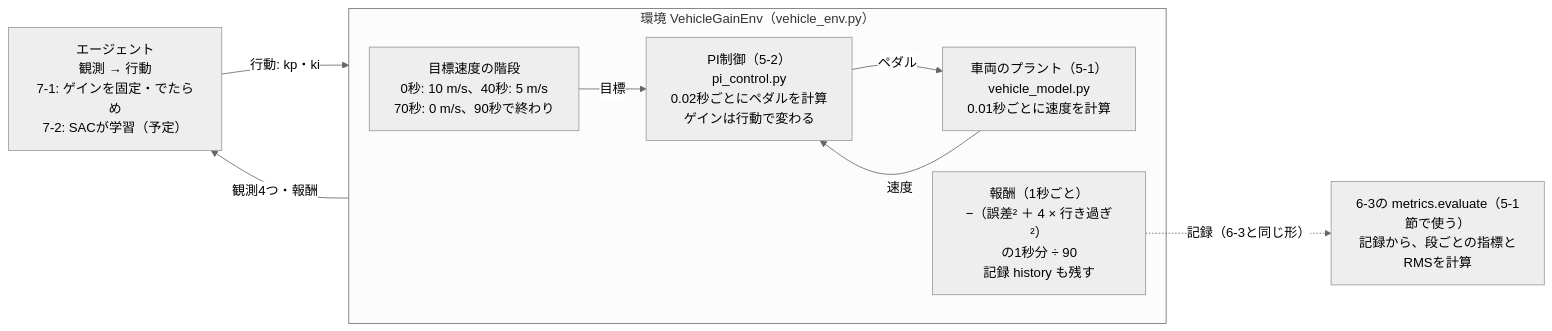
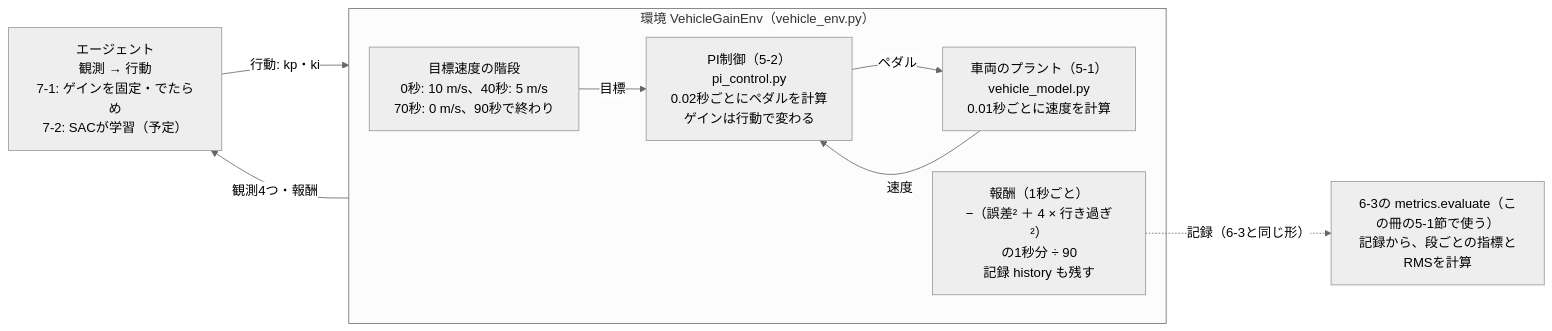
Before and after one commit to SanghunIm1991/ros2MinimalPhysicalAi: the diagram in docs/phase7_1_vehicle_env.md, drawn with Mermaid (neutral theme). The commit also changed other lines of this file and 24 other files, not shown here.

Commit message:
[claude] フェーズ7-1のセッションレビューと教科書としてのレビューに対応（この冊の節の参照の明確化、収益とRMSの関係・表の読み取り・7-0との矛盾の修正、7-2と7-3の形の整理、用語の表に方策と収益、課題を戻す指示、SB3の警告の引用をLICENSEと出典に追加、作成環境の値の一覧の拡張、全冊のidea_origin.mdをリンクに、図の空のtextを削除）

````diff
--- a/docs/phase7_1_vehicle_env.md
+++ b/docs/phase7_1_vehicle_env.md
@@ -36,17 +36,17 @@
 ```mermaid
 flowchart LR
     AG["エージェント<br/>観測 → 行動<br/>7-1: ゲインを固定・でたらめ<br/>7-2: SACが学習（予定）"]
     subgraph ENV["環境 VehicleGainEnv（vehicle_env.py）"]
         TG["目標速度の階段<br/>0秒: 10 m/s、40秒: 5 m/s<br/>70秒: 0 m/s、90秒で終わり"]
         PI["PI制御（5-2）<br/>pi_control.py<br/>0.02秒ごとにペダルを計算<br/>ゲインは行動で変わる"]
         PL["車両のプラント（5-1）<br/>vehicle_model.py<br/>0.01秒ごとに速度を計算"]
         RW["報酬（1秒ごと）<br/>−（誤差² ＋ 4 × 行き過ぎ²）<br/>の1秒分 ÷ 90<br/>記録 history も残す"]
     end
-    M["6-3の metrics.evaluate（5-1節で使う）<br/>記録から、段ごとの指標とRMSを計算"]
+    M["6-3の metrics.evaluate（この冊の5-1節で使う）<br/>記録から、段ごとの指標とRMSを計算"]
     AG -- "行動: kp・ki" --> ENV
     ENV -- "観測4つ・報酬" --> AG
     TG -- "目標" --> PI
     PI -- "ペダル" --> PL
     PL -- "速度" --> PI
     RW -. "記録（6-3と同じ形）" .-> M
 ```
````
